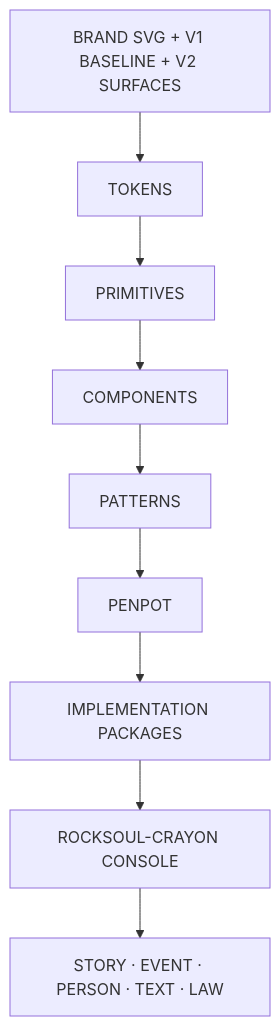
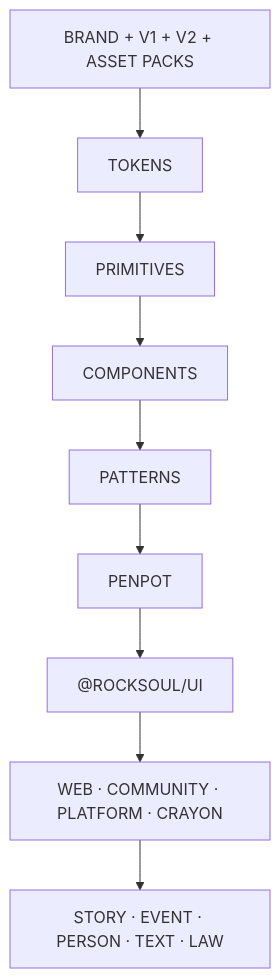
The second of 2 diagrams in README.md (bjo163/rocksoul-assets), drawn with Mermaid before and after one commit. The commit also changed other lines of this file, not shown here.

````diff
--- a/README.md
+++ b/README.md
@@ -145,11 +159,11 @@
 ```mermaid
 flowchart TD
-    A["BRAND SVG + V1 BASELINE + V2 SURFACES"] --> B["TOKENS"]
+    A["BRAND + V1 + V2 + ASSET PACKS"] --> B["TOKENS"]
     B --> C["PRIMITIVES"]
     C --> D["COMPONENTS"]
     D --> E["PATTERNS"]
     E --> F["PENPOT"]
-    F --> G["IMPLEMENTATION PACKAGES"]
-    G --> H["ROCKSOUL-CRAYON CONSOLE"]
-    H --> I["STORY · EVENT · PERSON · TEXT · LAW"]
+    F --> U["@ROCKSOUL/UI"]
+    U --> X["WEB · COMMUNITY · PLATFORM · CRAYON"]
+    X --> I["STORY · EVENT · PERSON · TEXT · LAW"]
 ```
````
